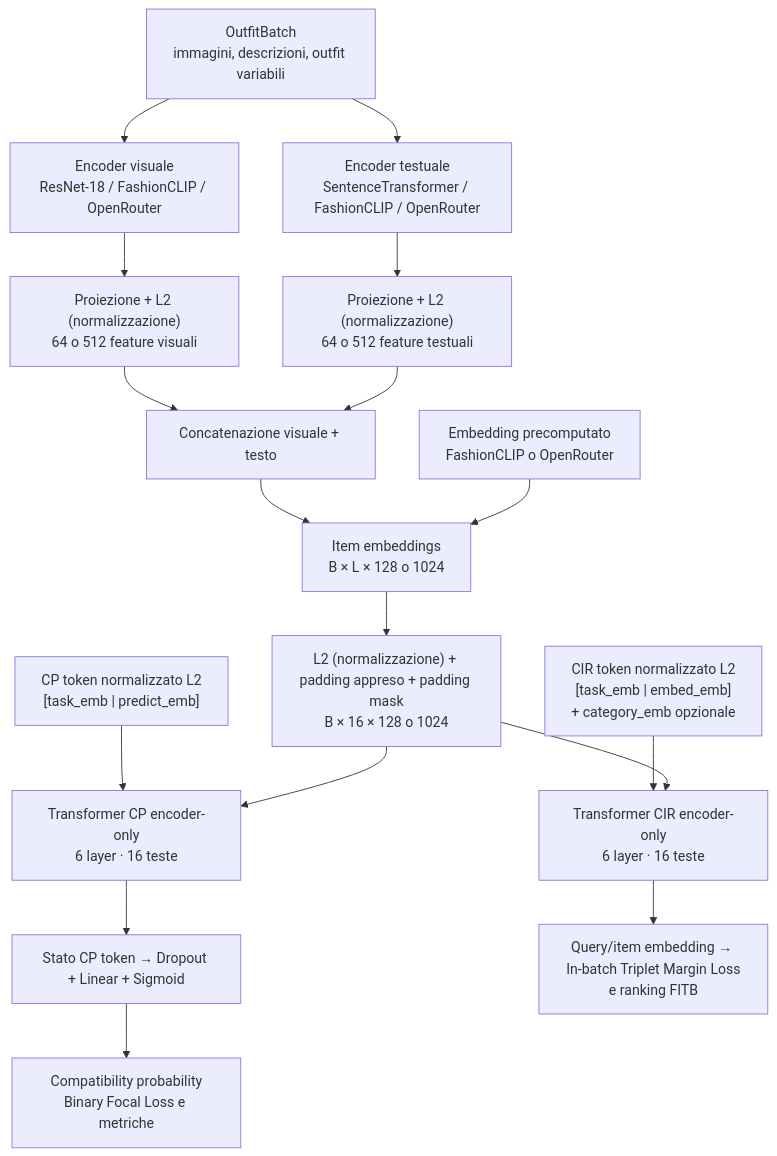
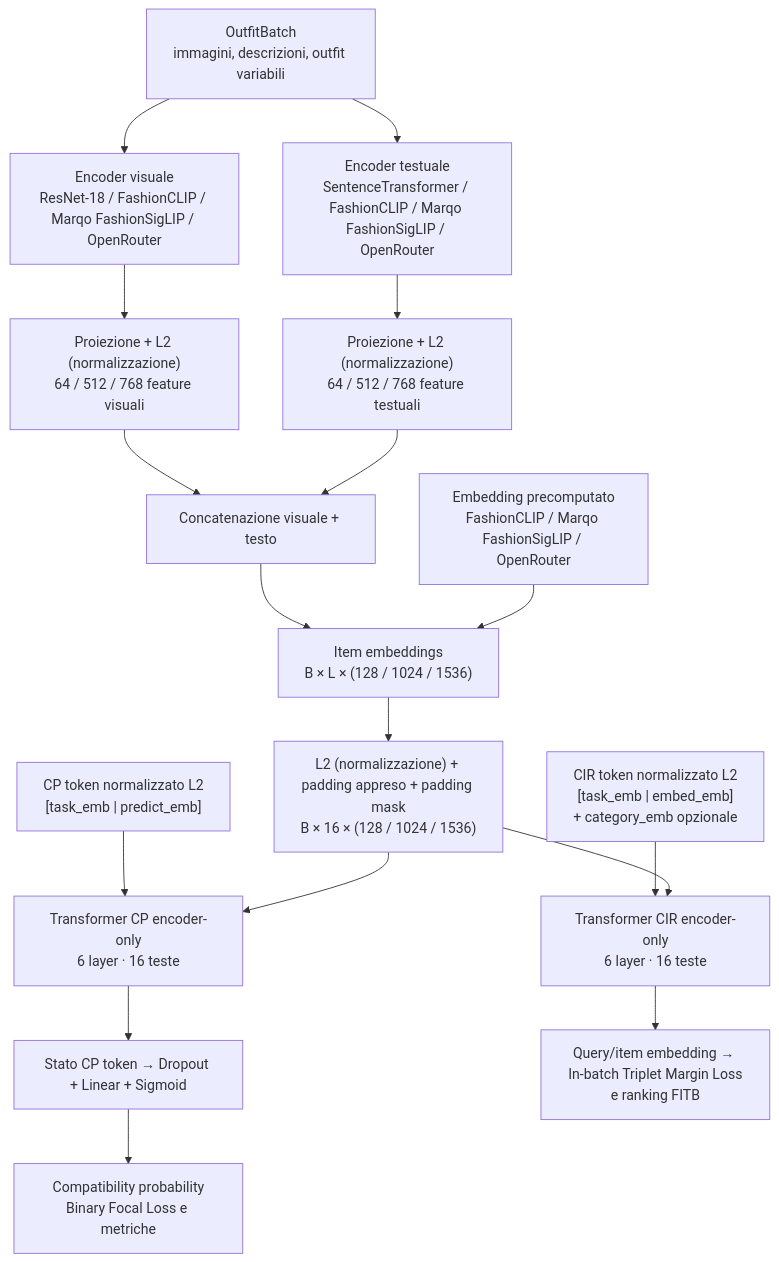
Before and after one commit to FlorindoDev/OutfitTransformer: the second of 2 diagrams in README.md, drawn with Mermaid. The commit also changed other lines of this file and 26 other files, not shown here.

First line of the commit message:
feat: aggiungi Marqo FashionSigLIP e precompute

````diff
--- a/README.md
+++ b/README.md
@@ -412,26 +447,26 @@
 ```mermaid
 flowchart TD
     A["OutfitBatch<br/>immagini, descrizioni, outfit variabili"]
 
-    A --> B["Encoder visuale<br/>ResNet-18 / FashionCLIP / OpenRouter"]
-    A --> C["Encoder testuale<br/>SentenceTransformer / FashionCLIP / OpenRouter"]
+    A --> B["Encoder visuale<br/>ResNet-18 / FashionCLIP / Marqo FashionSigLIP / OpenRouter"]
+    A --> C["Encoder testuale<br/>SentenceTransformer / FashionCLIP / Marqo FashionSigLIP / OpenRouter"]
 
-    B --> D["Proiezione + L2 (normalizzazione)<br/>64 o 512 feature visuali"]
-    C --> E["Proiezione + L2 (normalizzazione)<br/>64 o 512 feature testuali"]
+    B --> D["Proiezione + L2 (normalizzazione)<br/>64 / 512 / 768 feature visuali"]
+    C --> E["Proiezione + L2 (normalizzazione)<br/>64 / 512 / 768 feature testuali"]
 
     D --> F["Concatenazione visuale + testo"]
     E --> F
 
-    F --> G["Item embeddings<br/>B × L × 128 o 1024"]
-    P["Embedding precomputato<br/>FashionCLIP o OpenRouter"] --> G
-    G --> H["L2 (normalizzazione) + padding appreso + padding mask<br/>B × 16 × 128 o 1024"]
+    F --> G["Item embeddings<br/>B × L × (128 / 1024 / 1536)"]
+    P["Embedding precomputato<br/>FashionCLIP / Marqo FashionSigLIP / OpenRouter"] --> G
+    G --> H["L2 (normalizzazione) + padding appreso + padding mask<br/>B × 16 × (128 / 1024 / 1536)"]
 
     K["CP token normalizzato L2<br/>[task_emb | predict_emb]"] --> L["Transformer CP encoder-only<br/>6 layer · 16 teste"]
     H --> L
     L --> M["Stato CP token → Dropout + Linear + Sigmoid"]
     M --> N["Compatibility probability<br/>Binary Focal Loss e metriche"]
 
     O["CIR token normalizzato L2<br/>[task_emb | embed_emb]<br/>+ category_emb opzionale"] --> Q["Transformer CIR encoder-only<br/>6 layer · 16 teste"]
     H --> Q
     Q --> R["Query/item embedding → In-batch Triplet Margin Loss<br/>e ranking FITB"]
 ```
````
